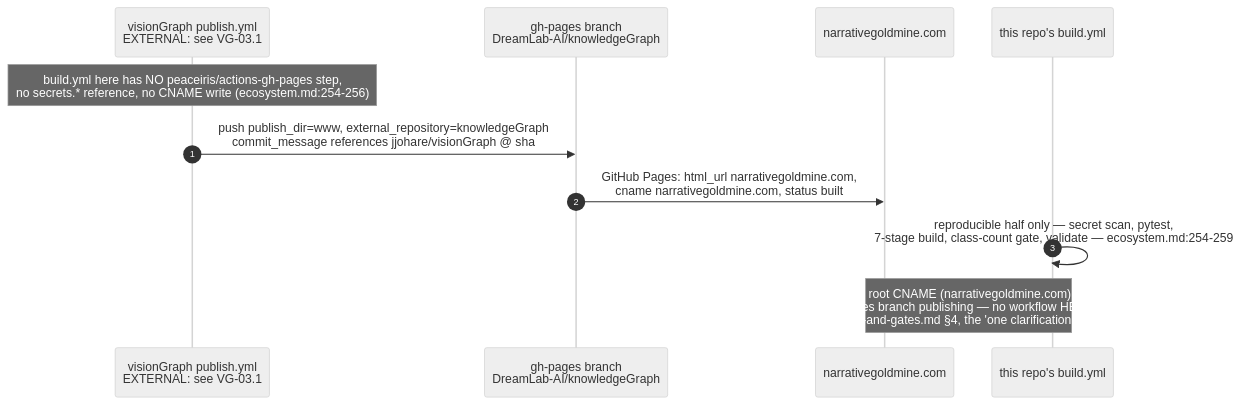
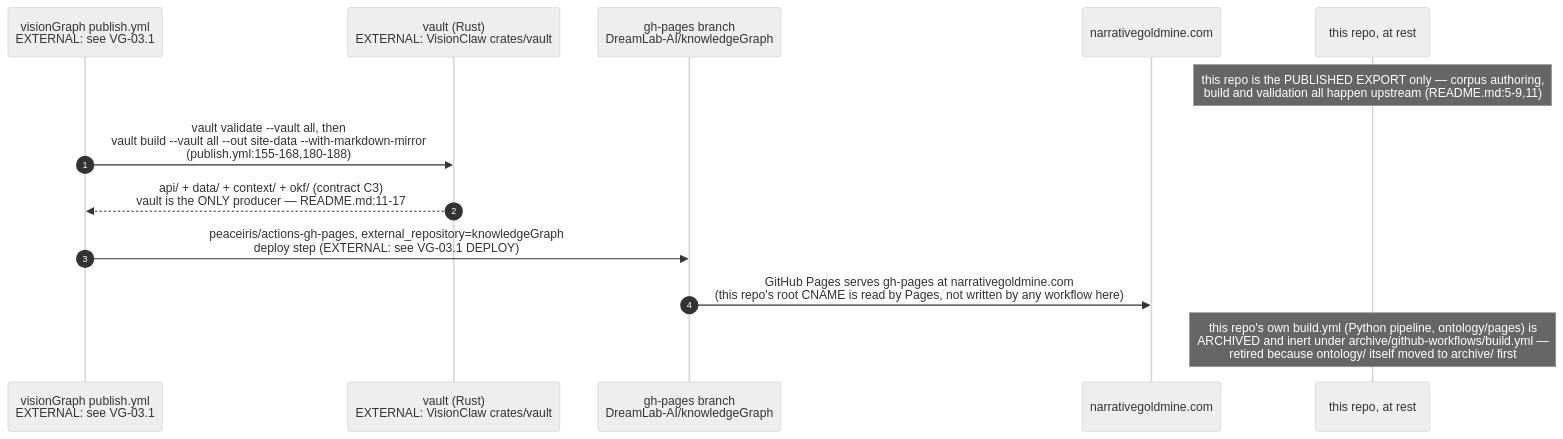
Before and after one commit to DreamLab-AI/VisionFlow: the first of 2 diagrams in docs/diagrams/knowledgegraph/05-ci-cd-and-publish.md, drawn with Mermaid (neutral theme). The commit also changed other lines of this file and 136 other files, not shown here.

First line of the commit message:
docs(diagrams): refresh the whole corpus to code HEAD and prune low-value diagrams

````diff
--- a/docs/diagrams/knowledgegraph/05-ci-cd-and-publish.md
+++ b/docs/diagrams/knowledgegraph/05-ci-cd-and-publish.md
@@ -53,14 +18,16 @@
 ```mermaid
 sequenceDiagram
     autonumber
     participant VG as visionGraph publish.yml<br/>EXTERNAL: see VG-03.1
+    participant VAULT as vault (Rust)<br/>EXTERNAL: VisionClaw crates/vault
     participant PAGES as gh-pages branch<br/>DreamLab-AI/knowledgeGraph
     participant SITE as narrativegoldmine.com
-    participant THIS as this repo's build.yml
+    participant THIS as this repo, at rest
 
-    Note over VG: build.yml here has NO peaceiris/actions-gh-pages step,<br/>no secrets.* reference, no CNAME write (ecosystem.md:254-256)
-    VG->>PAGES: push publish_dir=www, external_repository=knowledgeGraph<br/>commit_message references jjohare/visionGraph @ sha
-    PAGES->>SITE: GitHub Pages: html_url narrativegoldmine.com,<br/>cname narrativegoldmine.com, status built
-    THIS->>THIS: reproducible half only — secret scan, pytest,<br/>7-stage build, class-count gate, validate — ecosystem.md:254-259
-    Note over THIS,SITE: this repo's root CNAME (narrativegoldmine.com) is read by<br/>GitHub Pages branch publishing — no workflow HERE writes it<br/>(build-and-gates.md §4, the 'one clarification' note)
+    Note over THIS: this repo is the PUBLISHED EXPORT only — corpus authoring,<br/>build and validation all happen upstream (README.md:5-9,11)
+    VG->>VAULT: vault validate --vault all, then<br/>vault build --vault all --out site-data --with-markdown-mirror<br/>(publish.yml:155-168,180-188)
+    VAULT-->>VG: api/ + data/ + context/ + okf/ (contract C3)<br/>vault is the ONLY producer — README.md:11-17
+    VG->>PAGES: peaceiris/actions-gh-pages, external_repository=knowledgeGraph<br/>deploy step (EXTERNAL: see VG-03.1 DEPLOY)
+    PAGES->>SITE: GitHub Pages serves gh-pages at narrativegoldmine.com<br/>(this repo's root CNAME is read by Pages, not written by any workflow here)
+    Note over THIS: this repo's own build.yml (Python pipeline, ontology/pages) is<br/>ARCHIVED and inert under archive/github-workflows/build.yml —<br/>retired because ontology/ itself moved to archive/ first
 ```
````
